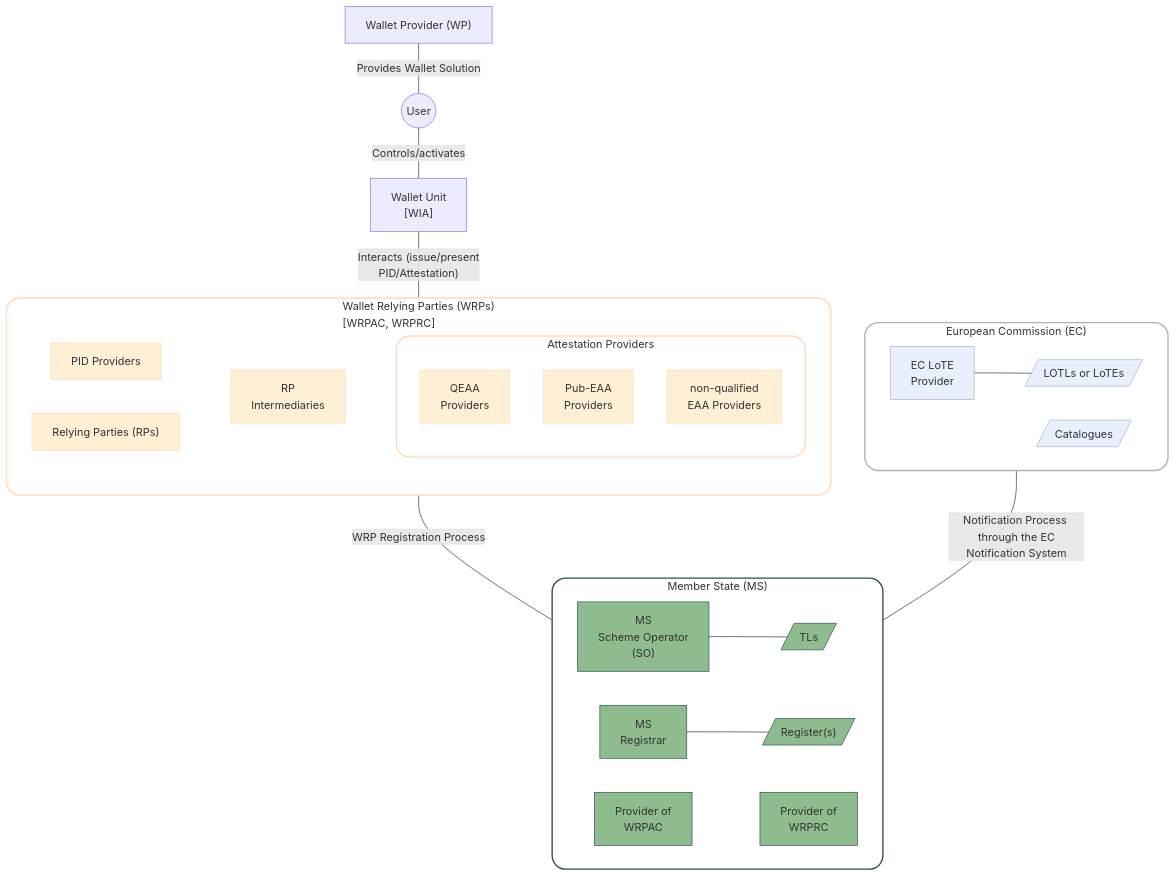
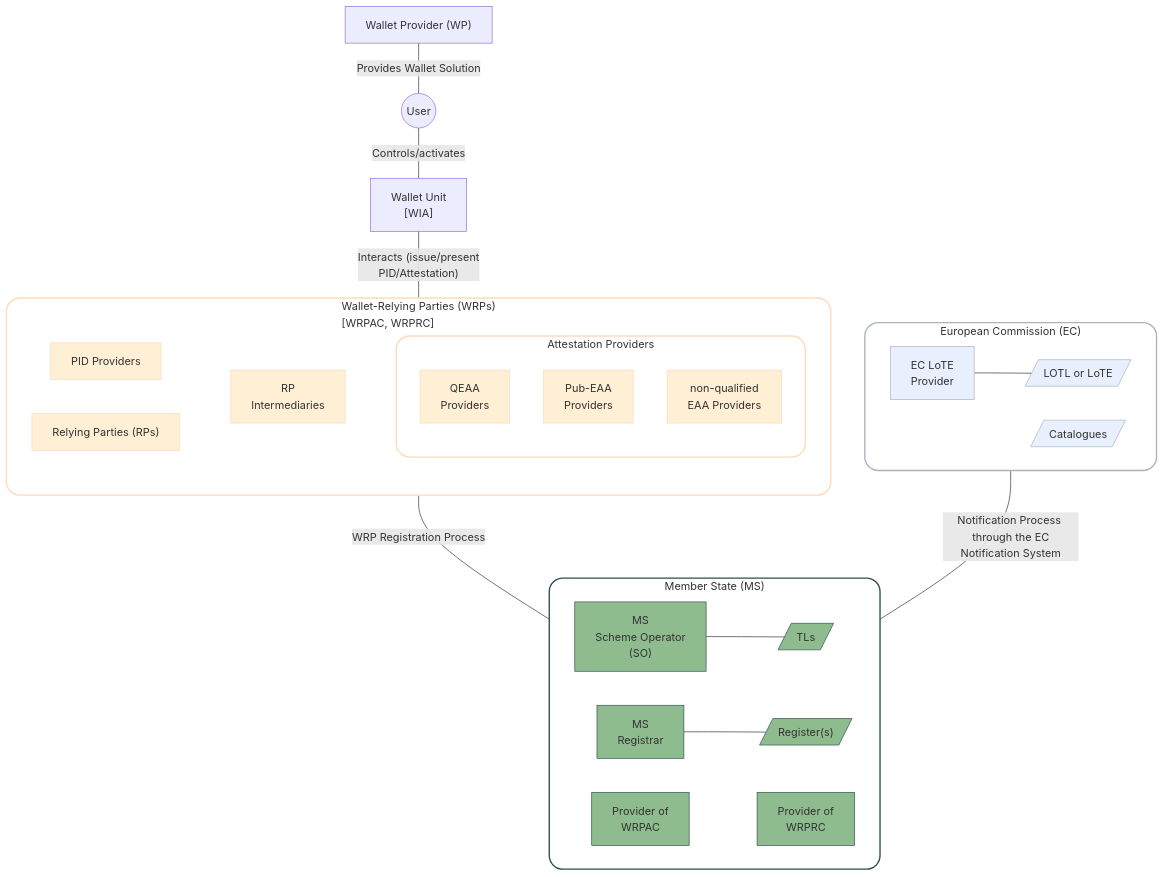
Before and after one commit to APTITUDE-Consortium/wp2-trust-specifications: the fourth of 4 diagrams in docs/topics/trust-architecture.md, drawn with Mermaid. The commit also changed other lines of this file and 6 other files, not shown here.

Commit message:
fix: LoTEs -> LoTE, LOTLs -> LOTL, Wallet Relying Party -> Wallet-Relying Party, X509 -> X.509

````diff
--- a/docs/topics/trust-architecture.md
+++ b/docs/topics/trust-architecture.md
@@ -154,67 +154,67 @@
 ```mermaid
 flowchart TD
 
     WP["Wallet Provider (WP)"]
     User((User))
     WU["Wallet Unit <br/> [WIA]"]
 
-   subgraph WRP["Wallet Relying Parties (WRPs) <br/>[WRPAC, WRPRC]"]
+   subgraph WRP["Wallet-Relying Parties (WRPs) <br/>[WRPAC, WRPRC]"]
         direction LR
         PIDP["PID Providers"]
         subgraph AP["Attestation Providers"]
             QEAAP["QEAA <br/>Providers"]
             PubP["Pub-EAA <br/>Providers"]
             EAAP["non-qualified <br/>EAA Providers"]
         end
         RP["Relying Parties (RPs)"]
         RPI["RP <br/>Intermediaries"]
     end
 
     subgraph MS["Member State (MS)"]
         MSReg[MS <br/>Registrar]
         ProvAC[Provider of <br/>WRPAC]
         ProvRC[Provider of <br/>WRPRC]
         MSTLP["MS  <br/>Scheme Operator  <br/>(SO)"]
         TLs[/TLs/]
         Reg[/"Register(s)"/]
         MSTLP --- TLs
         MSReg--- Reg
     end
 
     subgraph EC["European Commission (EC)"]
         ECLoTE[EC LoTE <br/>Provider]
         Cat[/Catalogues/]
-        LoTEs[/LOTLs or LoTEs/]
-        ECLoTE --- LoTEs
+        LoTE[/LOTL or LoTE/]
+        ECLoTE --- LoTE
     end
 
 
 
     %% Skeleton
     PIDP ~~~ RPI
     RPI ~~~ AP
     RP ~~~ RPI
     ProvAC ~~~ ProvRC
   
 
     %% Style
     classDef WRP_entities fill:#ffefd5, stroke:#ffdab9
     style WRP fill:#ffff,stroke:#ffdab9,stroke-width:2px,rx:20,ry:20
     style AP fill:#ffff,stroke:#ffdab9,stroke-width:2px,rx:20,ry:20
     style EC fill:#ffff,stroke:#abb2bf,stroke-width:2px,rx:20,ry:20
     style MS fill:#ffff,stroke:#2f4f4f,stroke-width:2px,rx:20,ry:20
     classDef blue fill:#e8f0fe,stroke:#abb2bf
     classDef green fill:#8fbc8f,stroke:#2f4f4f
 
     class QEAAP,PIDP,PubP,EAAP,RP,RPI WRP_entities;
-    class ECLoTE,ECNS,Cat,LoTEs blue;
+    class ECLoTE,ECNS,Cat,LoTE blue;
     class MSTLP,MSReg,ProvAC,ProvRC,TLs,Reg green;
 
 
     %% Arrows
     WP ---|Provides Wallet Solution| User 
     User ---|Controls/activates| WU
     WU ---|"Interacts (issue/present <br/>PID/Attestation)"| WRP 
     WRP ---|"WRP Registration Process"| MS  
     EC ---|"Notification Process <br/> through the EC Notification System"| MS
 ```
````
